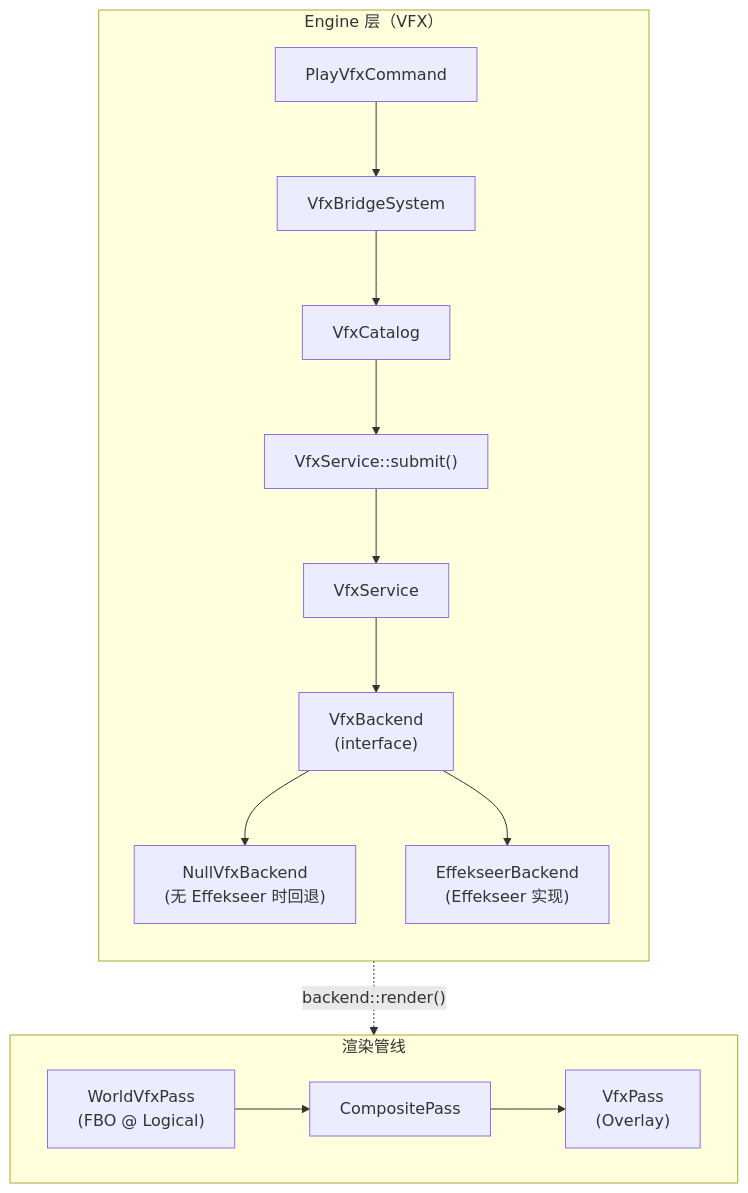
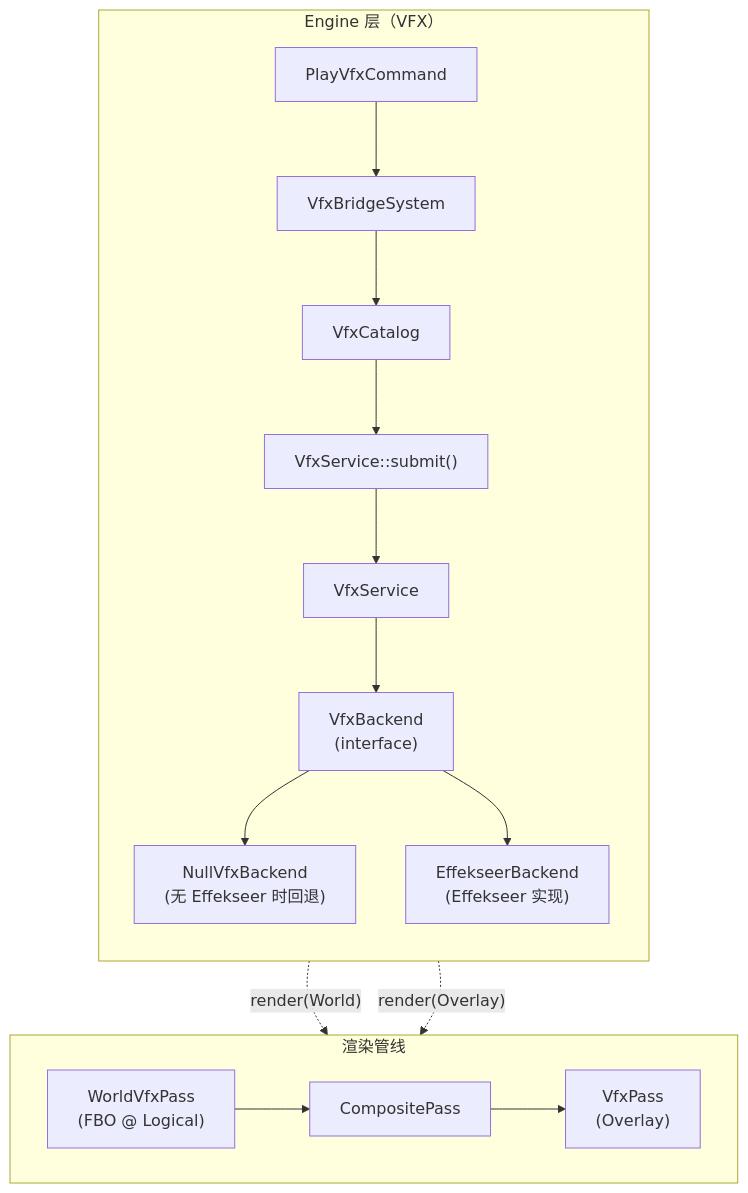
Before and after one commit to WispSnow/TinyFarmRPG: the first of 13 diagrams in docs/engine/vfx_and_effekseer.md, drawn with Mermaid. The commit also changed other lines of this file and 13 other files, not shown here.

````diff
--- a/docs/engine/vfx_and_effekseer.md
+++ b/docs/engine/vfx_and_effekseer.md
@@ -11,21 +11,22 @@
 ```mermaid
 flowchart TD
     subgraph ENGINE["Engine 层（VFX）"]
         direction TB
         PC["PlayVfxCommand"] --> VBS["VfxBridgeSystem"]
         VBS --> VC["VfxCatalog"]
         VC --> VSS["VfxService::submit()"]
         VSS --> VS["VfxService"]
         VS --> VB["VfxBackend<br/>(interface)"]
         VB --> NVB["NullVfxBackend<br/>(无 Effekseer 时回退)"]
         VB --> EVB["EffekseerBackend<br/>(Effekseer 实现)"]
     end
 
     subgraph RENDER["渲染管线"]
         direction LR
         WVP["WorldVfxPass<br/>(FBO @ Logical)"] --> CP["CompositePass"]
         CP --> VP["VfxPass<br/>(Overlay)"]
     end
 
-    EVB -. "backend::render()" .-> WVP
+    EVB -. "render(World)" .-> WVP
+    EVB -. "render(Overlay)" .-> VP
 ```
````
